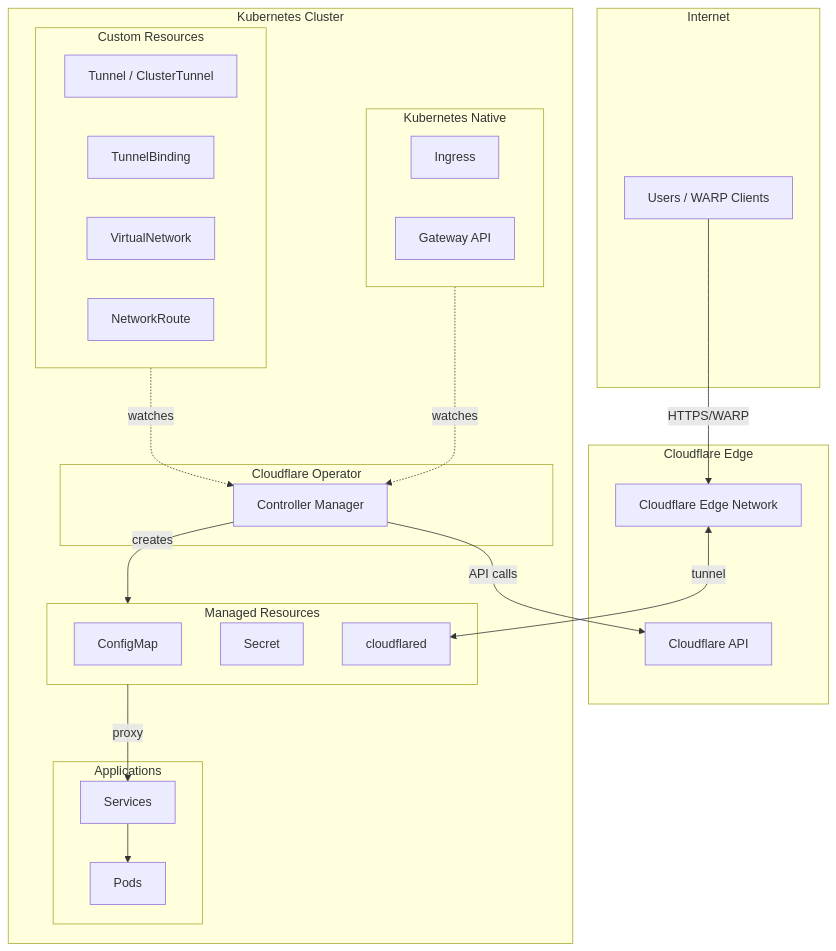
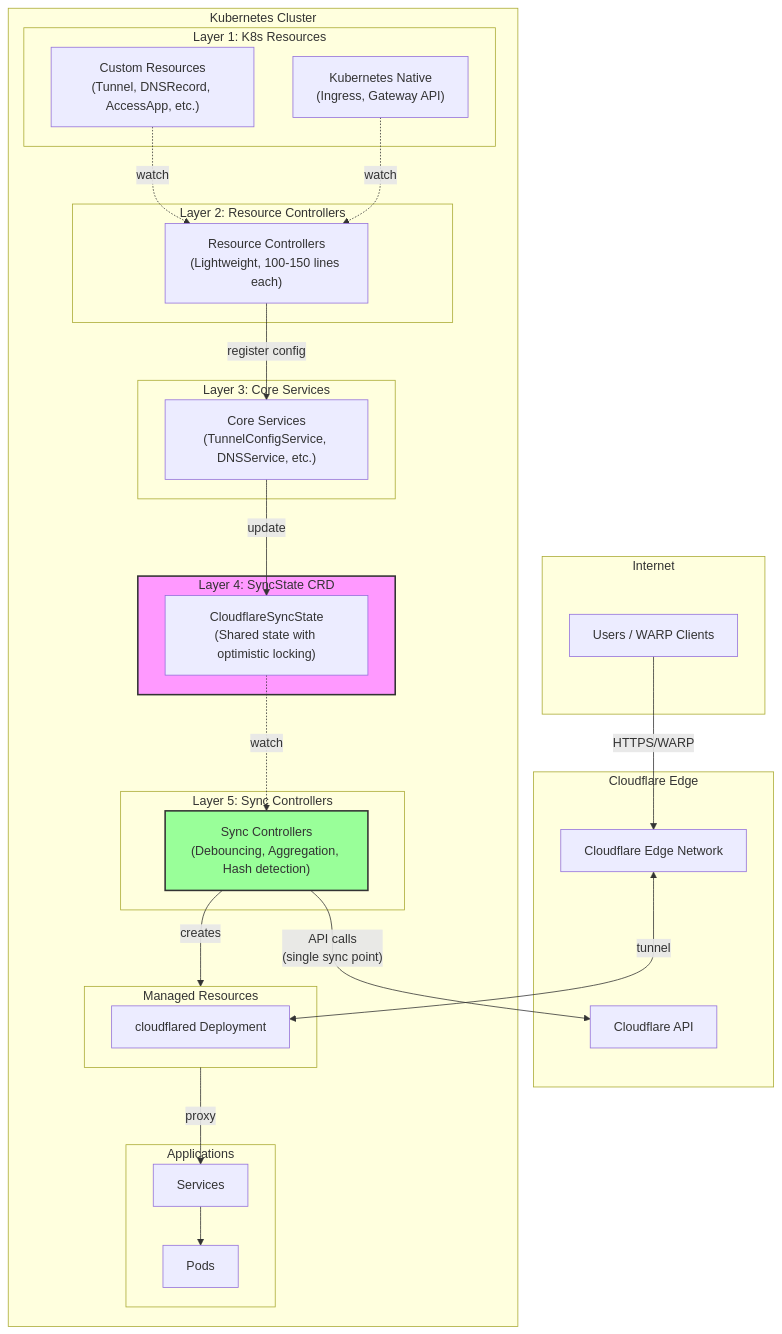
The diagram in README.md (StringKe/cloudflare-operator), drawn with Mermaid before and after one commit. The commit also changed other lines of this file and 88 other files, not shown here.

````diff
--- a/README.md
+++ b/README.md
@@ -64,49 +66,58 @@
 ```mermaid
 flowchart TB
     subgraph Internet["Internet"]
         Users["Users / WARP Clients"]
     end
 
     subgraph Cloudflare["Cloudflare Edge"]
         Edge["Cloudflare Edge Network"]
         API["Cloudflare API"]
     end
 
     subgraph K8s["Kubernetes Cluster"]
-        subgraph CRDs["Custom Resources"]
-            Tunnel["Tunnel / ClusterTunnel"]
-            TB["TunnelBinding"]
-            VNet["VirtualNetwork"]
-            Route["NetworkRoute"]
+        subgraph Layer1["Layer 1: K8s Resources"]
+            CRDs["Custom Resources<br/>(Tunnel, DNSRecord, AccessApp, etc.)"]
+            K8sNative["Kubernetes Native<br/>(Ingress, Gateway API)"]
         end
 
-        subgraph K8sNative["Kubernetes Native"]
-            Ingress["Ingress"]
-            Gateway["Gateway API"]
+        subgraph Layer2["Layer 2: Resource Controllers"]
+            RC["Resource Controllers<br/>(Lightweight, 100-150 lines each)"]
         end
 
-        subgraph Operator["Cloudflare Operator"]
-            Controller["Controller Manager"]
+        subgraph Layer3["Layer 3: Core Services"]
+            SVC["Core Services<br/>(TunnelConfigService, DNSService, etc.)"]
+        end
+
+        subgraph Layer4["Layer 4: SyncState CRD"]
+            SyncState["CloudflareSyncState<br/>(Shared state with optimistic locking)"]
+        end
+
+        subgraph Layer5["Layer 5: Sync Controllers"]
+            SC["Sync Controllers<br/>(Debouncing, Aggregation, Hash detection)"]
         end
 
         subgraph Managed["Managed Resources"]
-            ConfigMap["ConfigMap"]
-            Secret["Secret"]
-            Deployment["cloudflared"]
+            Deployment["cloudflared Deployment"]
         end
 
         subgraph App["Applications"]
             Service["Services"]
             Pod["Pods"]
         end
     end
 
-    CRDs -.->|watches| Controller
-    K8sNative -.->|watches| Controller
-    Controller -->|creates| Managed
-    Controller -->|API calls| API
+    CRDs -.->|watch| RC
+    K8sNative -.->|watch| RC
+    RC -->|register config| SVC
+    SVC -->|update| SyncState
+    SyncState -.->|watch| SC
+    SC -->|"API calls<br/>(single sync point)"| API
+    SC -->|creates| Managed
     Managed -->|proxy| Service
     Service --> Pod
     Users -->|HTTPS/WARP| Edge
     Edge <-->|tunnel| Deployment
+
+    style Layer4 fill:#f9f,stroke:#333,stroke-width:2px
+    style SC fill:#9f9,stroke:#333,stroke-width:2px
 ```
````
